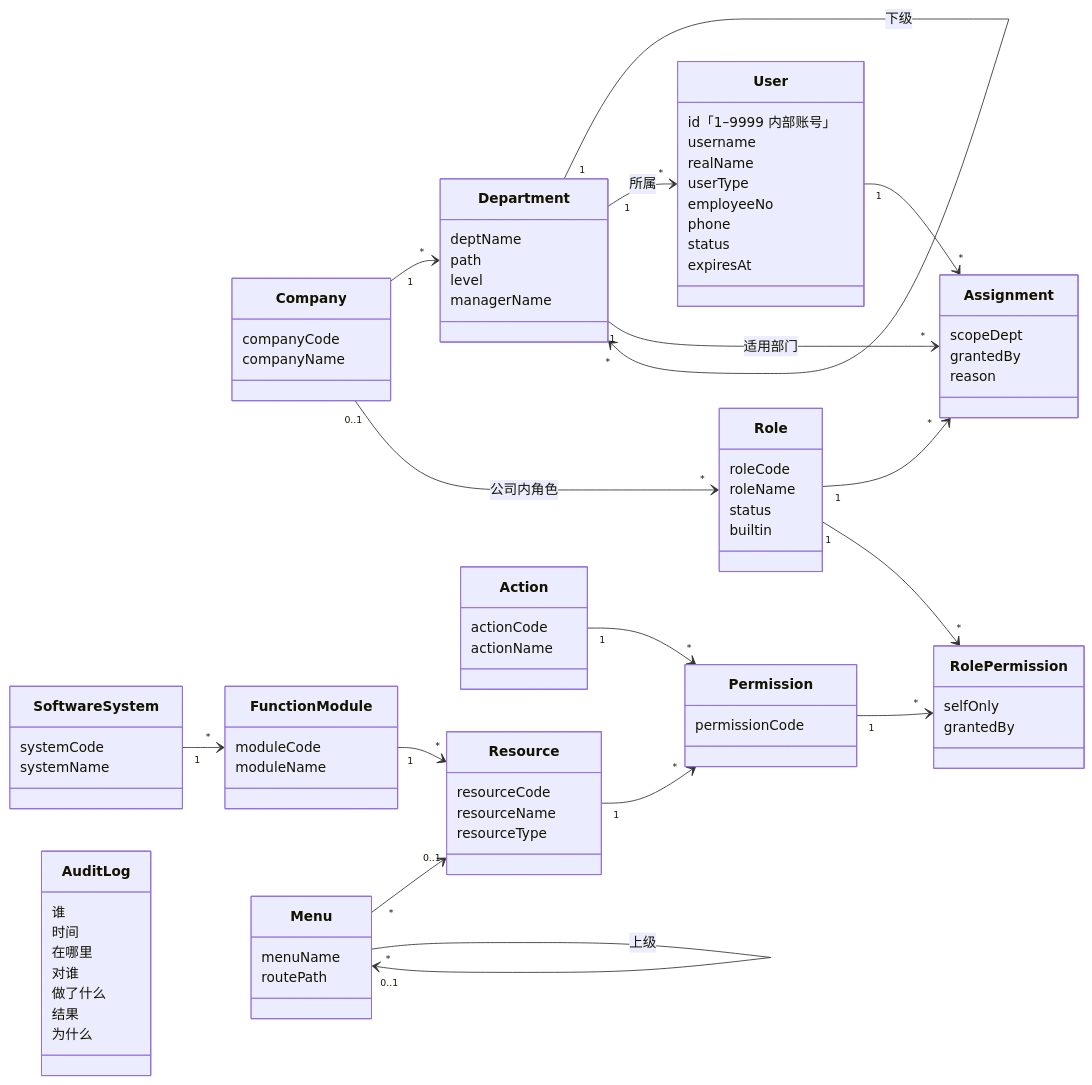
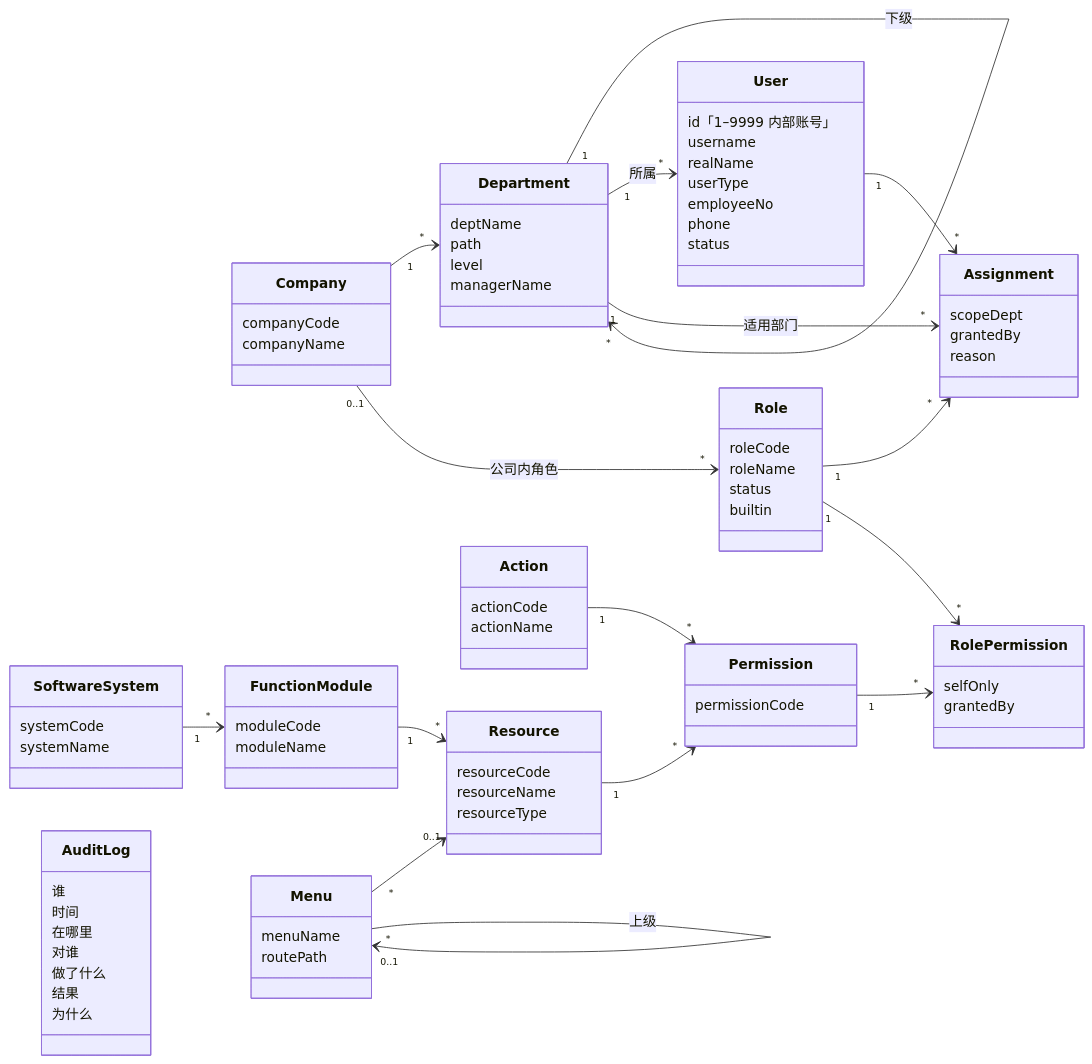
Before and after one commit to vintcessun/OOAD: the diagram in diagrams/src/domain-model.mmd, drawn with Mermaid. The commit also changed 38 other files, not shown here.

```diff
--- a/diagrams/src/domain-model.mmd
+++ b/diagrams/src/domain-model.mmd
@@ -1,88 +1,87 @@
 %% 领域模型：取自 docs/01-srs.md §3.1（RBAC0：无角色继承、无约束），每个属性单独一行
 %% Assignment = 一次指派 = 用户 + 角色 + 适用部门（scopeDept 覆盖该部门及全部下级）
 classDiagram
     direction LR
     class Company {
         companyCode
         companyName
     }
     class Department {
         deptName
         path
         level
         managerName
     }
     class User {
         id「1–9999 内部账号」
         username
         realName
         userType
         employeeNo
         phone
         status
-        expiresAt
     }
     class Role {
         roleCode
         roleName
         status
         builtin
     }
     class SoftwareSystem {
         systemCode
         systemName
     }
     class FunctionModule {
         moduleCode
         moduleName
     }
     class Resource {
         resourceCode
         resourceName
         resourceType
     }
     class Action {
         actionCode
         actionName
     }
     class Permission {
         permissionCode
     }
     class Assignment {
         scopeDept
         grantedBy
         reason
     }
     class RolePermission {
         selfOnly
         grantedBy
     }
     class Menu {
         menuName
         routePath
     }
     class AuditLog {
         谁
         时间
         在哪里
         对谁
         做了什么
         结果
         为什么
     }
 
     Company "1" --> "*" Department
     Department "1" --> "*" Department : 下级
     Department "1" --> "*" User : 所属
     Company "0..1" --> "*" Role : 公司内角色
     SoftwareSystem "1" --> "*" FunctionModule
     FunctionModule "1" --> "*" Resource
     Resource "1" --> "*" Permission
     Action "1" --> "*" Permission
     User "1" --> "*" Assignment
     Role "1" --> "*" Assignment
     Department "1" --> "*" Assignment : 适用部门
     Role "1" --> "*" RolePermission
     Permission "1" --> "*" RolePermission
     Menu "*" --> "0..1" Resource
     Menu "*" --> "0..1" Menu : 上级
```
